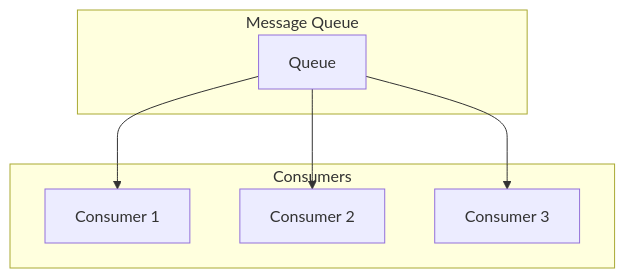
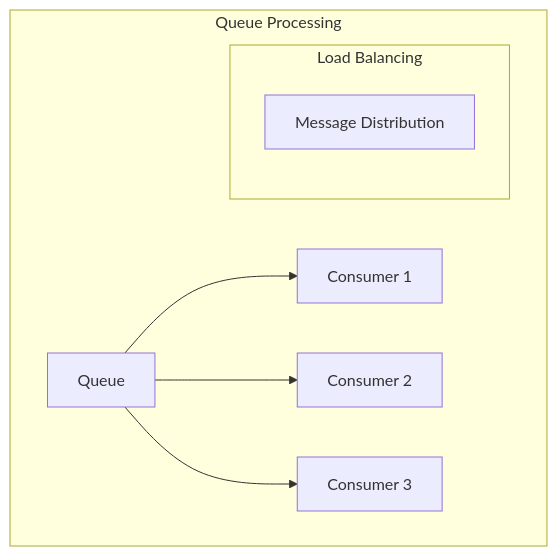
One commit to saravanakumarrc/Architecture_Journey changed the third of 5 diagrams in src/Message_Broker_Architectures.md. Above: the diagram before and after it, drawn with Mermaid. The commit also changed other lines of this file and 7 other files, not shown here.

First line of the commit message:
Refactor Trade-off Analysis documentation and enhance architecture governance models

````diff
--- a/src/Message_Broker_Architectures.md
+++ b/src/Message_Broker_Architectures.md
@@ -248,16 +161,12 @@
 ```mermaid
 graph TB
-    subgraph "Message Queue"
-        Q[Queue]
+    subgraph "Queue Processing"
+        Q[Queue] --> C1[Consumer 1]
+        Q --> C2[Consumer 2]
+        Q --> C3[Consumer 3]
+        
+        subgraph "Load Balancing"
+            LB[Message Distribution]
+        end
     end
-    
-    subgraph "Consumers"
-        C1[Consumer 1]
-        C2[Consumer 2]
-        C3[Consumer 3]
-    end
-    
-    Q --> C1
-    Q --> C2
-    Q --> C3
 ```
````
